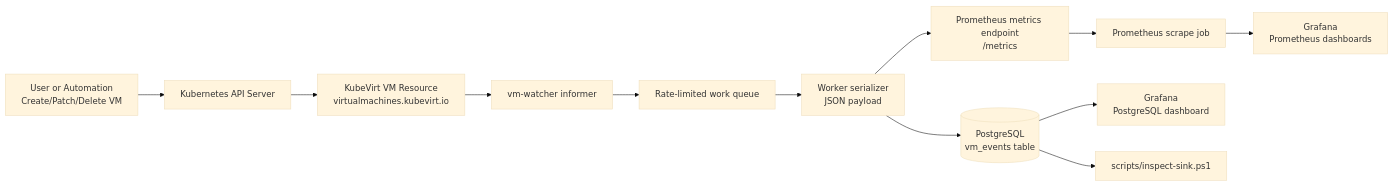
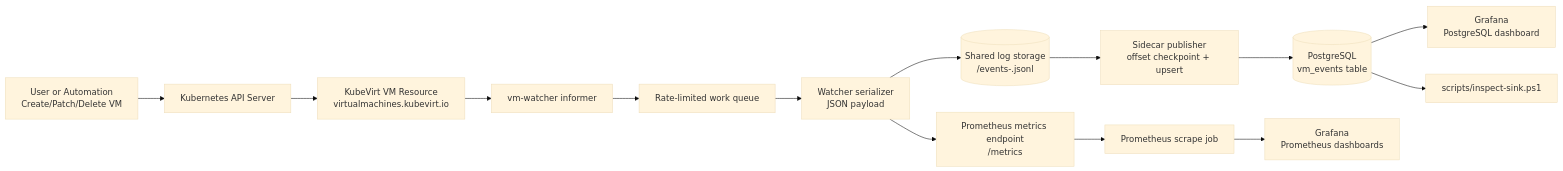
Before and after one commit to ptoluganti/vm-watcher: the first of 2 diagrams in README.md, drawn with Mermaid (base theme). The commit also changed other lines of this file and 9 other files, not shown here.

````diff
--- a/README.md
+++ b/README.md
@@ -52,17 +81,19 @@
 ```mermaid
 flowchart LR
   A[User or Automation\nCreate/Patch/Delete VM] --> B[Kubernetes API Server]
   B --> C[KubeVirt VM Resource\nvirtualmachines.kubevirt.io]
   C --> D[vm-watcher informer]
   D --> E[Rate-limited work queue]
-  E --> F[Worker serializer\nJSON payload]
+  E --> F[Watcher serializer\nJSON payload]
 
-  F --> G[(PostgreSQL\nvm_events table)]
+  F --> FS[(Shared log storage\n/events-<pod>.jsonl)]
+  FS --> SC[Sidecar publisher\noffset checkpoint + upsert]
+  SC --> G[(PostgreSQL\nvm_events table)]
   F --> H[Prometheus metrics endpoint\n/metrics]
 
   H --> I[Prometheus scrape job]
   I --> J[Grafana\nPrometheus dashboards]
   G --> K[Grafana\nPostgreSQL dashboard]
 
   G --> L[scripts/inspect-sink.ps1]
 ```
````
